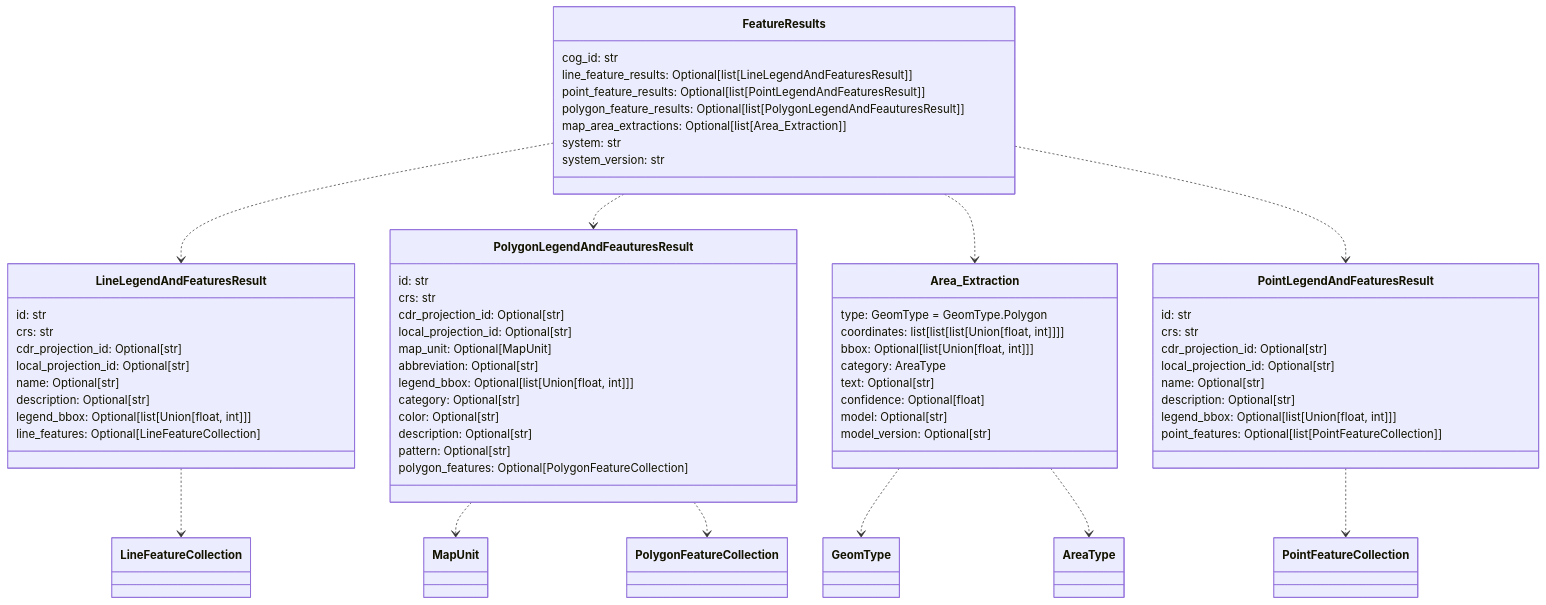
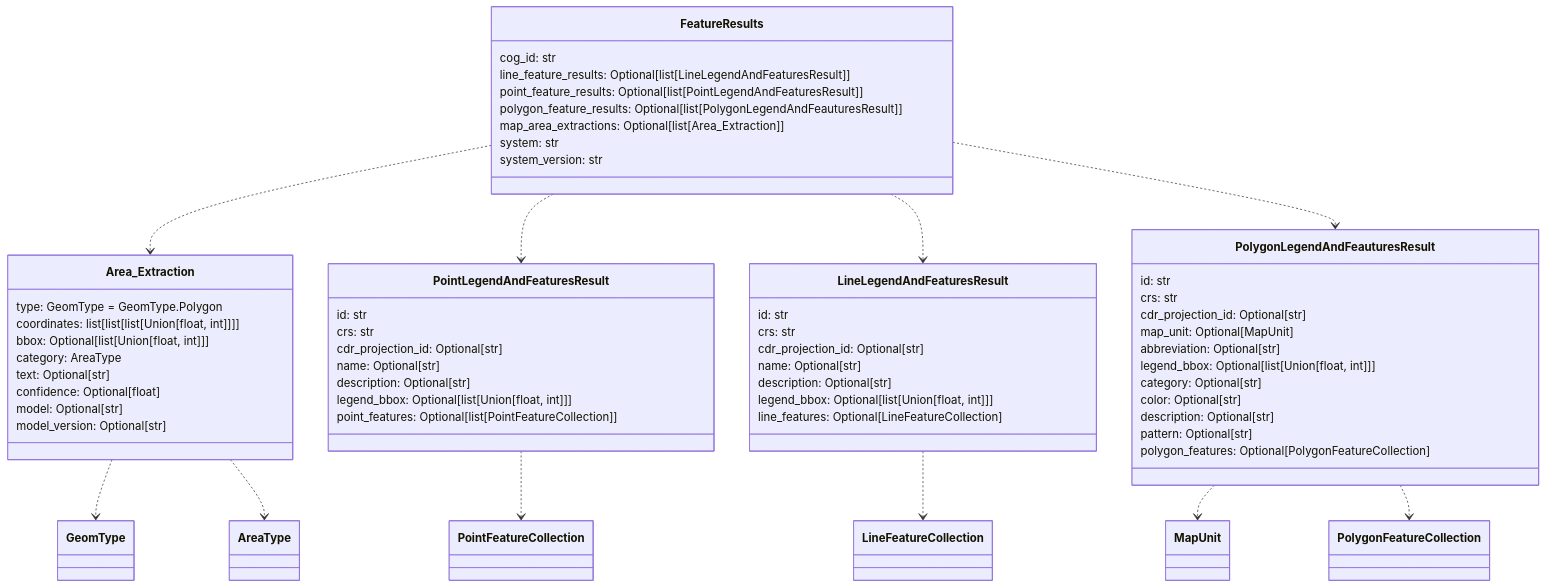
One commit to DARPA-CRITICALMAAS/cdr_schemas changed the third of 6 diagrams in README.md. Above: the diagram before and after it, drawn with Mermaid. The commit also changed other lines of this file, not shown here.

````diff
--- a/README.md
+++ b/README.md
@@ -189,74 +189,71 @@
 ```mermaid
 classDiagram
 
     class FeatureResults {
         cog_id: str
         line_feature_results: Optional[list[LineLegendAndFeaturesResult]]
         point_feature_results: Optional[list[PointLegendAndFeaturesResult]]
         polygon_feature_results: Optional[list[PolygonLegendAndFeauturesResult]]
         map_area_extractions: Optional[list[Area_Extraction]]
         system: str
         system_version: str
     }
 
-    class LineLegendAndFeaturesResult {
-        id: str
-        crs: str
-        cdr_projection_id: Optional[str]
-        local_projection_id: Optional[str]
-        name: Optional[str]
-        description: Optional[str]
-        legend_bbox: Optional[list[Union[float, int]]]
-        line_features: Optional[LineFeatureCollection]
-    }
-
     class PolygonLegendAndFeauturesResult {
         id: str
         crs: str
         cdr_projection_id: Optional[str]
-        local_projection_id: Optional[str]
         map_unit: Optional[MapUnit]
         abbreviation: Optional[str]
         legend_bbox: Optional[list[Union[float, int]]]
         category: Optional[str]
         color: Optional[str]
         description: Optional[str]
         pattern: Optional[str]
         polygon_features: Optional[PolygonFeatureCollection]
     }
 
     class Area_Extraction {
         type: GeomType = GeomType.Polygon
         coordinates: list[list[list[Union[float, int]]]]
         bbox: Optional[list[Union[float, int]]]
         category: AreaType
         text: Optional[str]
         confidence: Optional[float]
         model: Optional[str]
         model_version: Optional[str]
     }
 
     class PointLegendAndFeaturesResult {
         id: str
         crs: str
         cdr_projection_id: Optional[str]
-        local_projection_id: Optional[str]
         name: Optional[str]
         description: Optional[str]
         legend_bbox: Optional[list[Union[float, int]]]
         point_features: Optional[list[PointFeatureCollection]]
+    }
+
+    class LineLegendAndFeaturesResult {
+        id: str
+        crs: str
+        cdr_projection_id: Optional[str]
+        name: Optional[str]
+        description: Optional[str]
+        legend_bbox: Optional[list[Union[float, int]]]
+        line_features: Optional[LineFeatureCollection]
     }
 
     Area_Extraction ..> GeomType
     Area_Extraction ..> AreaType
     LineLegendAndFeaturesResult ..> LineFeatureCollection
     PointLegendAndFeaturesResult ..> PointFeatureCollection
     PolygonLegendAndFeauturesResult ..> MapUnit
     PolygonLegendAndFeauturesResult ..> PolygonFeatureCollection
+    FeatureResults ..> Area_Extraction
+    FeatureResults ..> PointLegendAndFeaturesResult
     FeatureResults ..> LineLegendAndFeaturesResult
     FeatureResults ..> PolygonLegendAndFeauturesResult
-    FeatureResults ..> Area_Extraction
-    FeatureResults ..> PointLegendAndFeaturesResult
 
 
 ```
````
